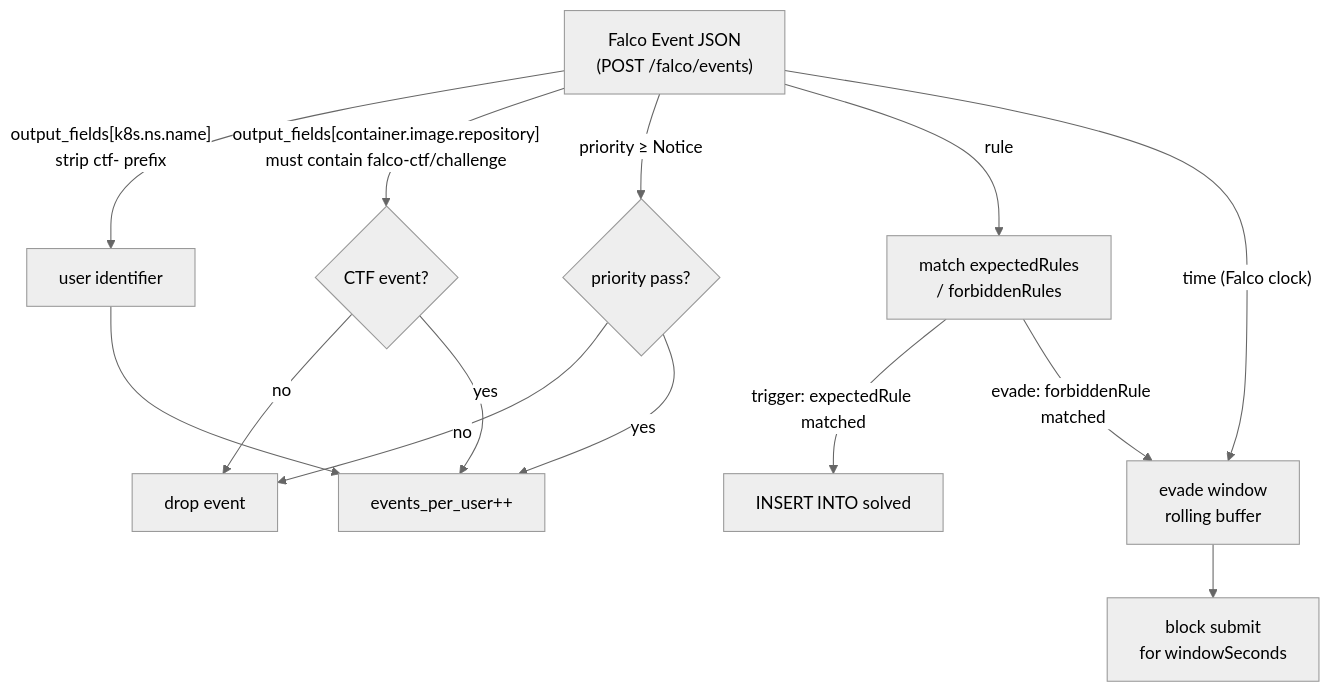
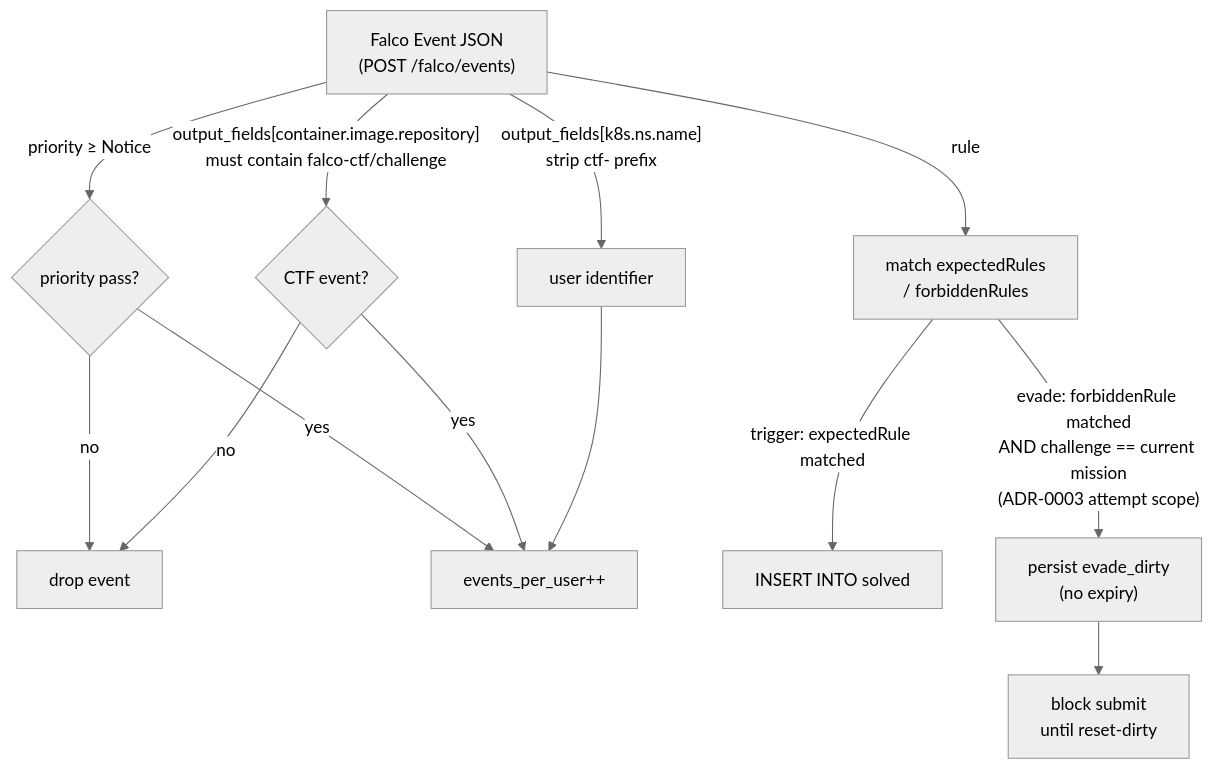
One commit to Qfour/falco-ctf-app changed the diagram in AGENTS.md. Above: the diagram before and after it, drawn with Mermaid (neutral theme). The commit also changed other lines of this file and 33 other files, not shown here.

First line of the commit message:
fix(scoring): evade 採点を attempt スコープ付き永続 dirty フラグに置換 (ADR-0003) (#124)

````diff
--- a/AGENTS.md
+++ b/AGENTS.md
@@ -156,21 +157,20 @@
 ```mermaid
 flowchart TD
     E["Falco Event JSON\n(POST /falco/events)"]
 
     E -->|"output_fields[k8s.ns.name]\nstrip ctf- prefix"| U["user identifier"]
     E -->|"output_fields[container.image.repository]\nmust contain falco-ctf/challenge"| F{"CTF event?"}
     E -->|"priority ≥ Notice"| PF{"priority pass?"}
     E -->|"rule"| R["match expectedRules\n/ forbiddenRules"]
-    E -->|"time (Falco clock)"| W["evade window\nrolling buffer"]
 
     F -->|no| DROP["drop event"]
     PF -->|no| DROP
 
     U --> INC["events_per_user++"]
     F -->|yes| INC
     PF -->|yes| INC
 
     R -->|"trigger: expectedRule matched"| SOLVED["INSERT INTO solved"]
-    R -->|"evade: forbiddenRule matched"| W
-    W --> BLOCK["block submit\nfor windowSeconds"]
+    R -->|"evade: forbiddenRule matched\nAND challenge == current mission\n(ADR-0003 attempt scope)"| DIRTY["persist evade_dirty\n(no expiry)"]
+    DIRTY --> BLOCK["block submit\nuntil reset-dirty"]
 ```
````
